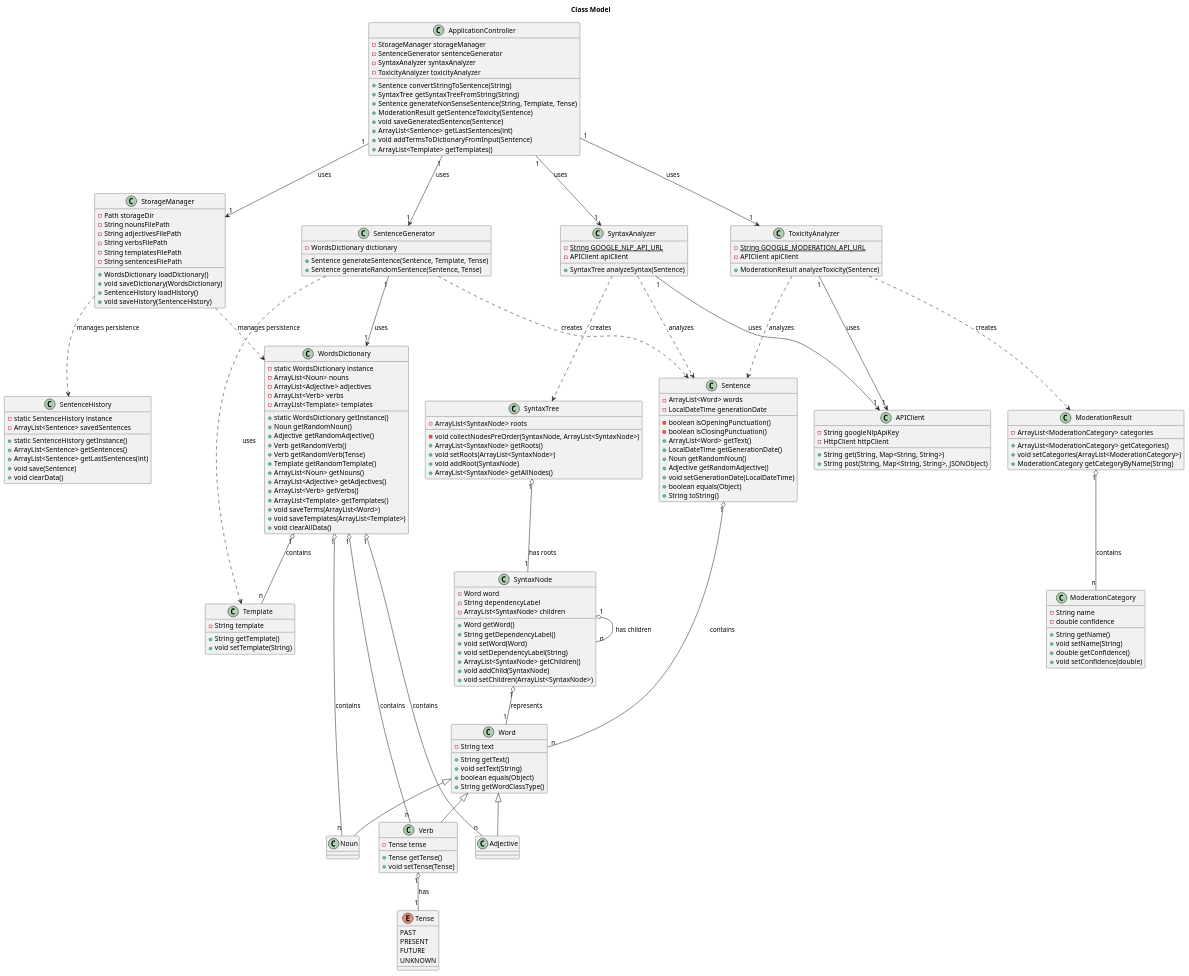
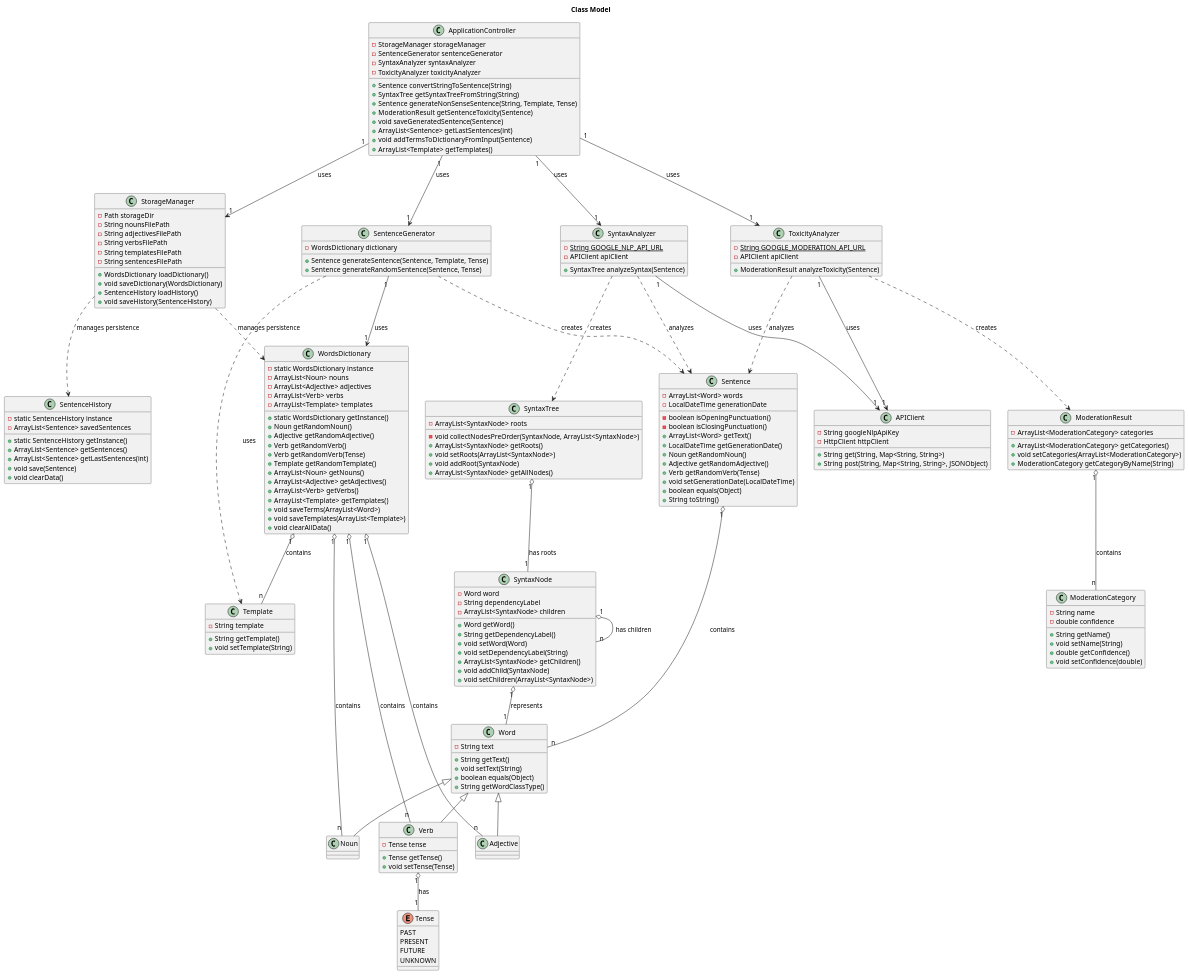
One commit to liamtoaldo/NonSenseGenerator changed the diagram in docs/diagrams/classmodel.plantuml. Above: the diagram before and after it, drawn with PlantUML. The commit also changed 3 other files, not shown here.

Commit message:
FIX - Aggiunta metodo per ottenere un verbo casuale in base al tempo dall'input e aggiornato il diagramma di sequenza

```diff
--- a/docs/diagrams/classmodel.plantuml
+++ b/docs/diagrams/classmodel.plantuml
@@ -10,6 +10,7 @@
     +LocalDateTime getGenerationDate()
     +Noun getRandomNoun()
     +Adjective getRandomAdjective()
+    +Verb getRandomVerb(Tense)
     +void setGenerationDate(LocalDateTime)
     +boolean equals(Object)
     +String toString()
```
